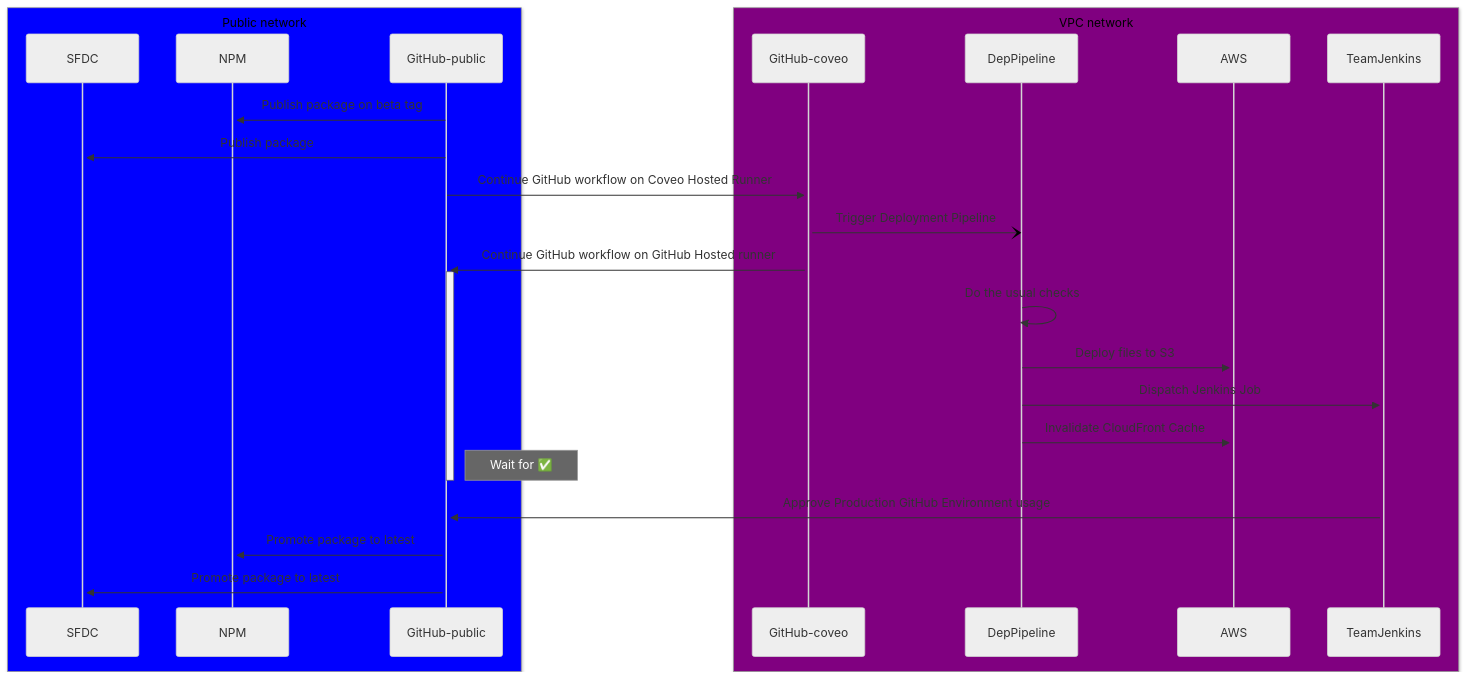
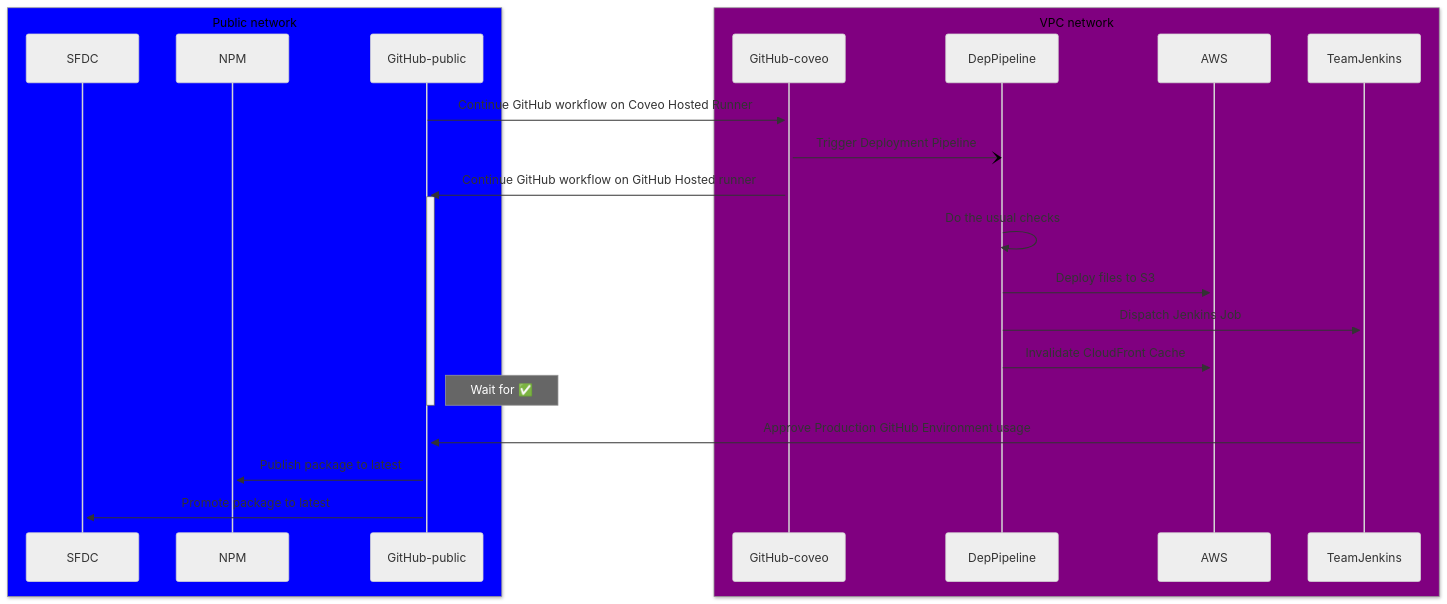
The diagram in internal-docs/release-process.md (coveo/ui-kit), drawn with Mermaid (neutral theme) before and after one commit. The commit also changed other lines of this file and 24 other files, not shown here.

````diff
--- a/internal-docs/release-process.md
+++ b/internal-docs/release-process.md
@@ -100,29 +104,27 @@
 ```mermaid
 sequenceDiagram
    box blue Public network
    participant SFDC
    participant NPM
    participant GitHub-public
    end
    box purple VPC network
    participant GitHub-coveo
    participant DepPipeline
    participant AWS
    participant TeamJenkins
    end
-   GitHub-public->>+NPM: Publish package on beta tag
-   GitHub-public->>+SFDC: Publish package
    GitHub-public->>+GitHub-coveo: Continue GitHub workflow on Coveo Hosted Runner
    GitHub-coveo-)DepPipeline: Trigger Deployment Pipeline
    GitHub-coveo->>+GitHub-public: Continue GitHub workflow on GitHub Hosted runner
    activate GitHub-public
    DepPipeline->>DepPipeline: Do the usual checks
    DepPipeline->>+AWS: Deploy files to S3
    DepPipeline->>+TeamJenkins: Dispatch Jenkins Job
    DepPipeline->>+AWS: Invalidate CloudFront Cache
    Note right of GitHub-public: Wait for ✅
    deactivate GitHub-public
    TeamJenkins->>+GitHub-public: Approve Production GitHub Environment usage
-   GitHub-public->>+NPM: Promote package to latest
+   GitHub-public->>+NPM: Publish package to latest
    GitHub-public->>+SFDC: Promote package to latest
 ```
````
